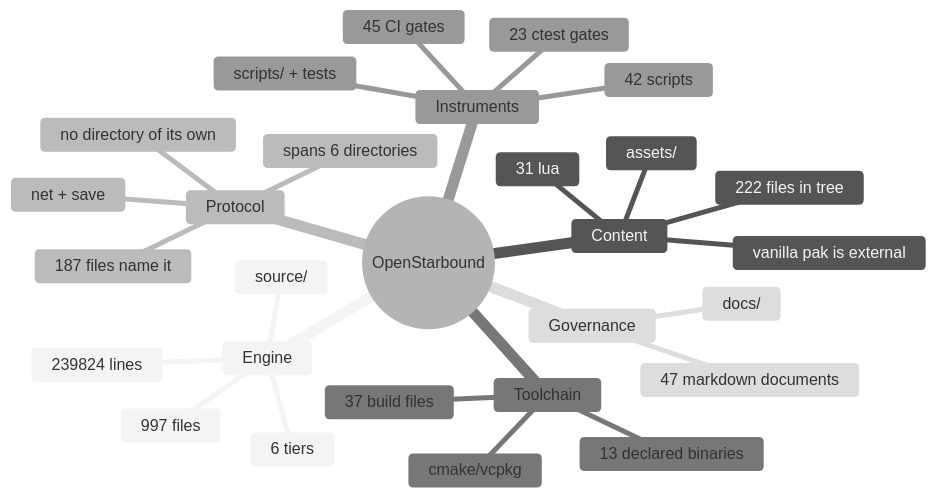
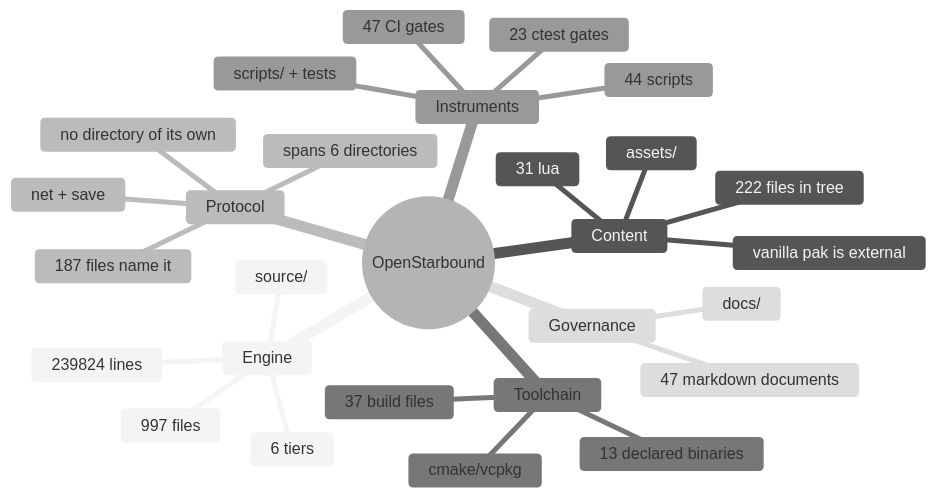
The second of 11 diagrams in docs/architecture/system-boundaries.md (apnex/OpenStarbound), drawn with Mermaid (neutral theme) before and after one commit. The commit also changed 6 other files, not shown here.

````diff
--- a/docs/architecture/system-boundaries.md
+++ b/docs/architecture/system-boundaries.md
@@ -166,31 +166,31 @@
 ```mermaid
 mindmap
   root((OpenStarbound))
     Engine
       source/
       997 files
       239824 lines
       6 tiers
     Content
       assets/
       222 files in tree
       31 lua
       vanilla pak is external
     Protocol
       net + save
       187 files name it
       spans 6 directories
       no directory of its own
     Toolchain
       cmake/vcpkg
       37 build files
       13 declared binaries
     Instruments
       scripts/ + tests
-      42 scripts
+      44 scripts
       23 ctest gates
-      45 CI gates
+      47 CI gates
     Governance
       docs/
       47 markdown documents
 ```
````
